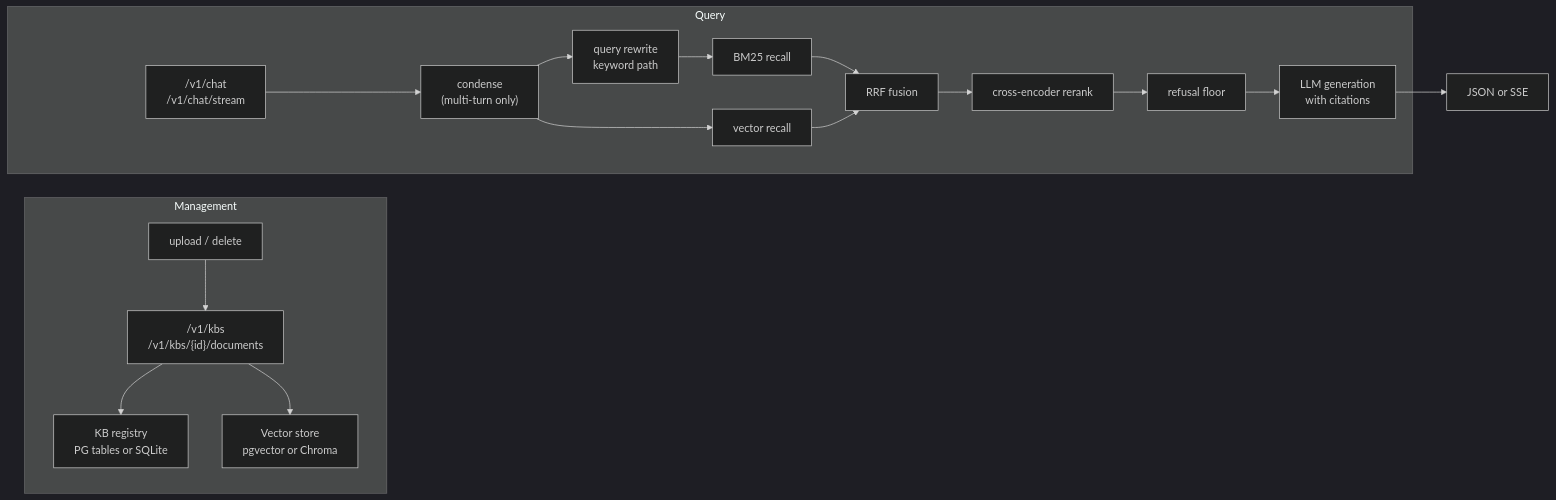
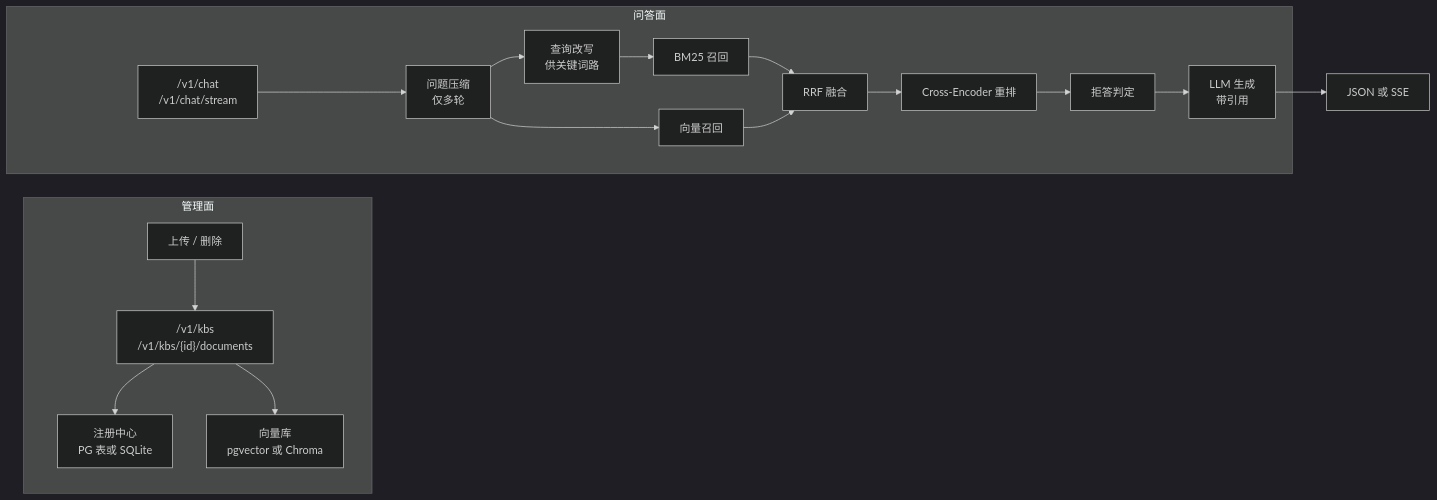
The diagram in README.md (zeng-bohan/enterprise-rag-qa), drawn with Mermaid (dark theme) before and after one commit. The commit also changed other lines of this file and 24 other files, not shown here.

````diff
--- a/README.md
+++ b/README.md
@@ -32,22 +32,22 @@
 ```mermaid
 flowchart LR
-    subgraph Management
-        U["upload / delete"] --> API["/v1/kbs<br/>/v1/kbs/{id}/documents"]
-        API --> REG["KB registry<br/>PG tables or SQLite"]
-        API --> VS["Vector store<br/>pgvector or Chroma"]
+    subgraph MGMT[管理面]
+        U["上传 / 删除"] --> API["/v1/kbs<br/>/v1/kbs/{id}/documents"]
+        API --> REG["注册中心<br/>PG 表或 SQLite"]
+        API --> VS["向量库<br/>pgvector 或 Chroma"]
     end
 
-    subgraph Query
-        Q["/v1/chat<br/>/v1/chat/stream"] --> C["condense<br/>(multi-turn only)"]
-        C --> RW["query rewrite<br/>keyword path"]
-        C --> VEC["vector recall"]
-        RW --> BM["BM25 recall"]
-        BM --> F["RRF fusion"]
+    subgraph QUERY[问答面]
+        Q["/v1/chat<br/>/v1/chat/stream"] --> C["问题压缩<br/>仅多轮"]
+        C --> RW["查询改写<br/>供关键词路"]
+        C --> VEC["向量召回"]
+        RW --> BM["BM25 召回"]
+        BM --> F["RRF 融合"]
         VEC --> F
-        F --> RR["cross-encoder rerank"]
-        RR --> G["refusal floor"]
-        G --> L["LLM generation<br/>with citations"]
+        F --> RR["Cross-Encoder 重排"]
+        RR --> G["拒答判定"]
+        G --> L["LLM 生成<br/>带引用"]
     end
 
-    L --> A["JSON or SSE"]
+    L --> A["JSON 或 SSE"]
 ```
````
